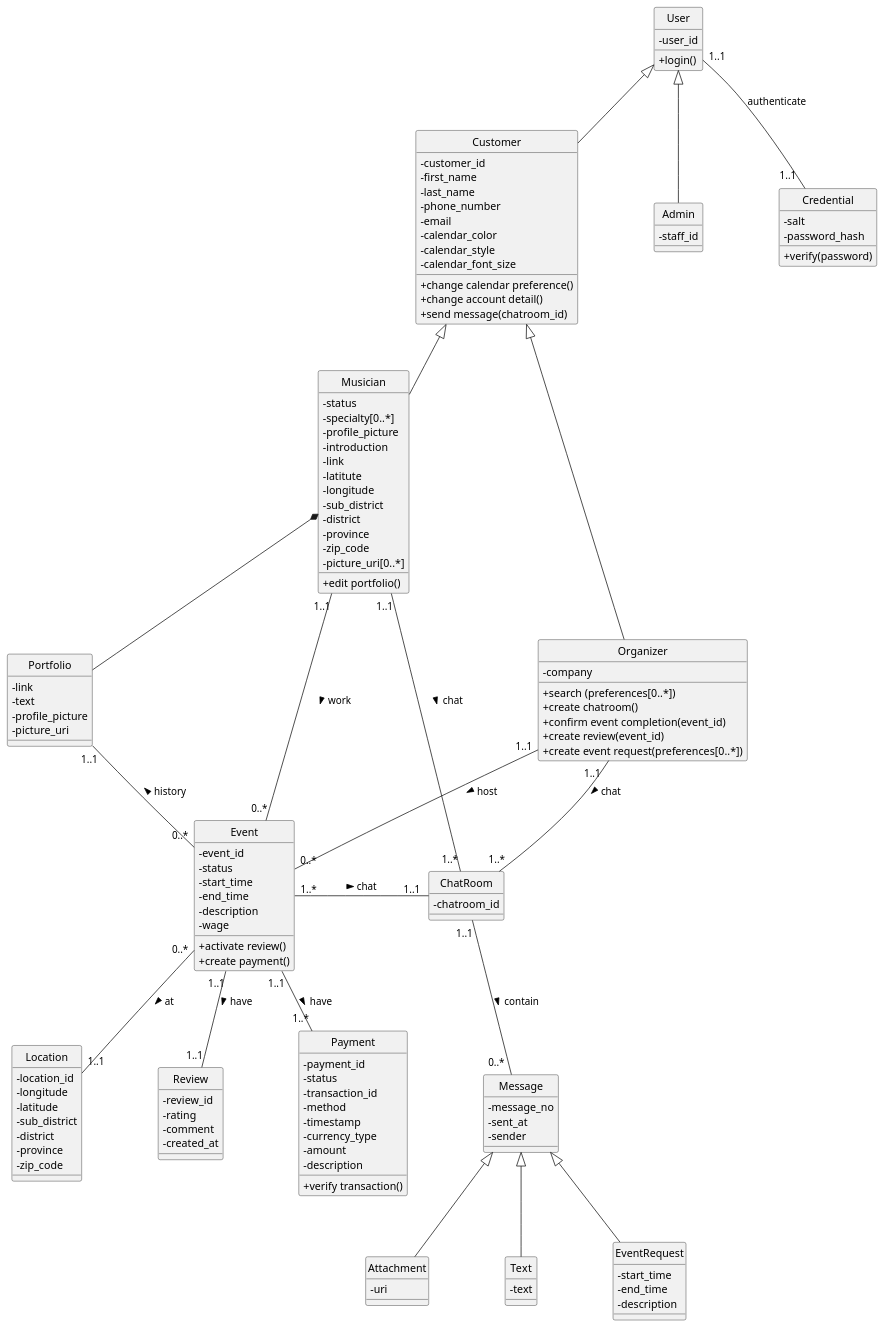
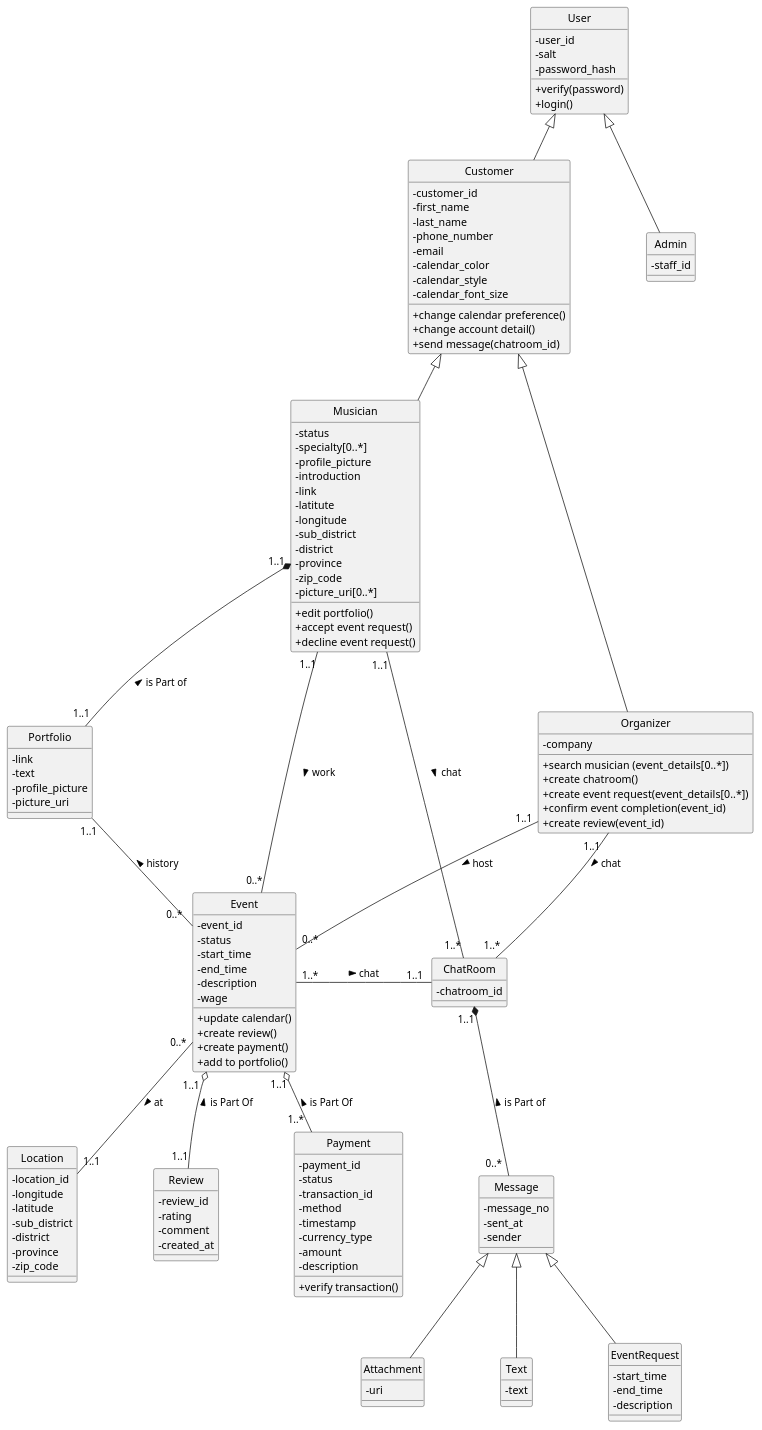
Before and after one commit to thanadolps/SE-digrams: the diagram in class_diagram.puml, drawn with PlantUML.

Commit message:
Fix more according to comment

```diff
--- a/class_diagram.puml
+++ b/class_diagram.puml
@@ -1,171 +1,171 @@
 @startuml classDiagram
 
     ' use text-base attributes icon
     skinparam classAttributeIconSize 0
     ' hide class icon
     hide circle
 
     'skinparam linetype ortho
     'skinparam linetype polyline
 
     skinparam nodesep 100
     'skinparam ranksep 100
 
     'skinparam classBackgroundColor #d0b6eb
     'skinparam ClassFontSize 10 
 
     User <|-- Customer
     User <|-- Admin
     Customer <|-- Musician
     Customer <|-- Organizer
 
 
     class User {
         -user_id
+        -salt
+        -password_hash
+        +verify(password)
         +login()
     }
 
     class Admin {
         -staff_id
         
     }
 
     class Customer {
         -customer_id
         -first_name
         -last_name
         -phone_number
         -email
         -calendar_color
         -calendar_style
         -calendar_font_size
         +change calendar preference()
         +change account detail()
         +send message(chatroom_id)
     }
 
     class Musician {
         -status
         -specialty[0..*]
         -profile_picture
         -introduction
         -link
         -latitute
         -longitude
         -sub_district
         -district
         -province
         -zip_code
         -picture_uri[0..*]
-        + edit portfolio()
+        +edit portfolio()
+        +accept event request()
+        +decline event request()
     }
-
-    class Credential {
-        -salt
-        -password_hash
-        +verify(password)
-    }
-    User "1..1" -- "1..1\t" Credential: authenticate
+    'User "1..1" -- "1..1\t" Credential: authenticate <
 
     class Portfolio {
         -link
         -text
         -profile_picture
         -picture_uri
     }
-    Musician *-- Portfolio
-    Portfolio "1..1" -- "0..*" Event: history <
+    Musician "1..1" *-- "1..1" Portfolio: is Part of <
+    Portfolio "1..1" -- "0..*\t" Event: history <
 
 
     class Organizer {
         -company
-        +search (preferences[0..*])
+        +search musician (event_details[0..*])
         +create chatroom()
+        +create event request(event_details[0..*])
         +confirm event completion(event_id)
         +create review(event_id)
-        +create event request(preferences[0..*])
     }
 
     class Event {
         -event_id
         -status
         -start_time
         -end_time
         -description
         -wage
-        +activate review()
+        +update calendar()
+        +create review()
         +create payment()
-
+        +add to portfolio()
     }
 
     'Musician "1..1" -- "1..1" Location: live_at
     Musician "1..1" -- "0..*" Event: work >
     Event "0..*" -- "1..1" Location: at >
     Organizer "1..1" -- "0..*" Event: host >
     
     class Location {
         -location_id
         -longitude
         -latitude
         -sub_district
         -district
         -province
         -zip_code
     }
 
     class Review {
         -review_id
         -rating
         -comment
         -created_at
     }
 
     class Payment {
         -payment_id
         -status
         -transaction_id
         -method
         -timestamp
         -currency_type
         -amount
         -description
         +verify transaction()
-    }
+    } 
 
-    Event "1..1" -- "1..1" Review: have >
-    Event "1..1" -- "1..*" Payment: have >
+    Event "1..1\t" o-- "1..1" Review: is Part Of <
+    Event "1..1" o-- "1..*\t" Payment: is Part Of <
 
     Message <|-- Attachment
     Message <|-- Text
     Message <|-- EventRequest
 
     class Message {
         -message_no
         -sent_at
         -sender
     }
 
     class Attachment {
         -uri
     }
 
     class Text {
         -text
     }
 
     class EventRequest {
         -start_time
         -end_time
         -description
     }
 
     class ChatRoom {
         -chatroom_id
-    }
+    } 
     
-    ChatRoom "1..1" -- "0..*\t" Message: contain >
+    ChatRoom "1..1" *-- "0..*\t" Message: is Part of <
     Event "1..*" - "1..1 " ChatRoom: chat >
     Organizer "1..1\t" -- "1..*" ChatRoom: chat >
     Musician "1..1" -- "1..*" ChatRoom: chat >
 
 @enduml
```
